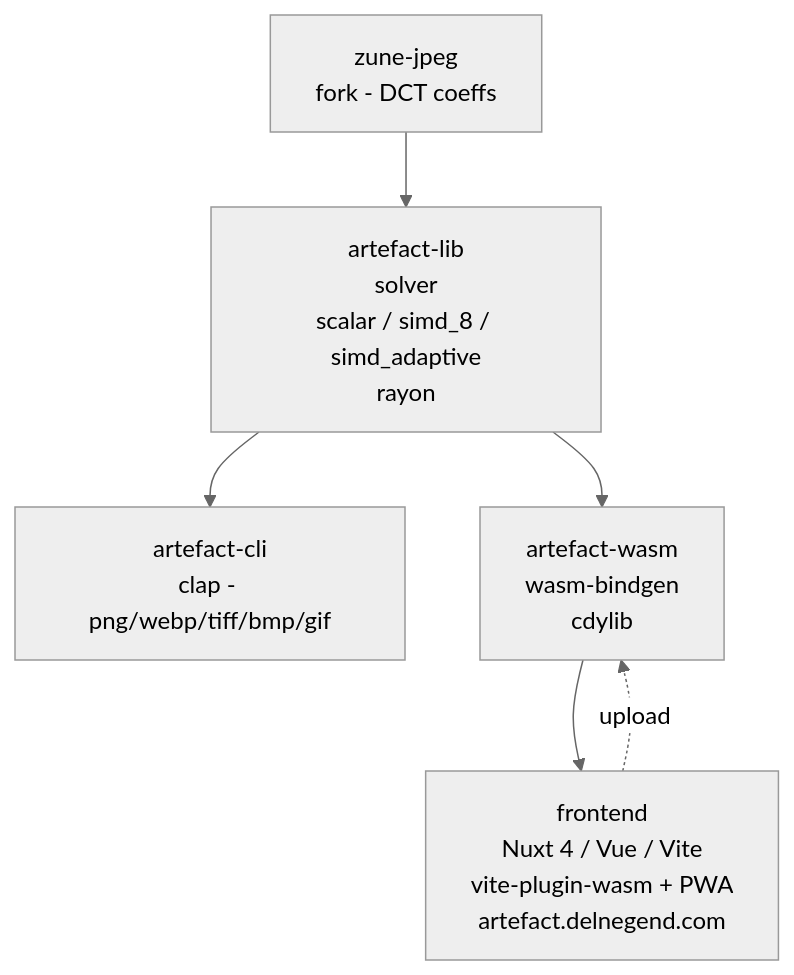
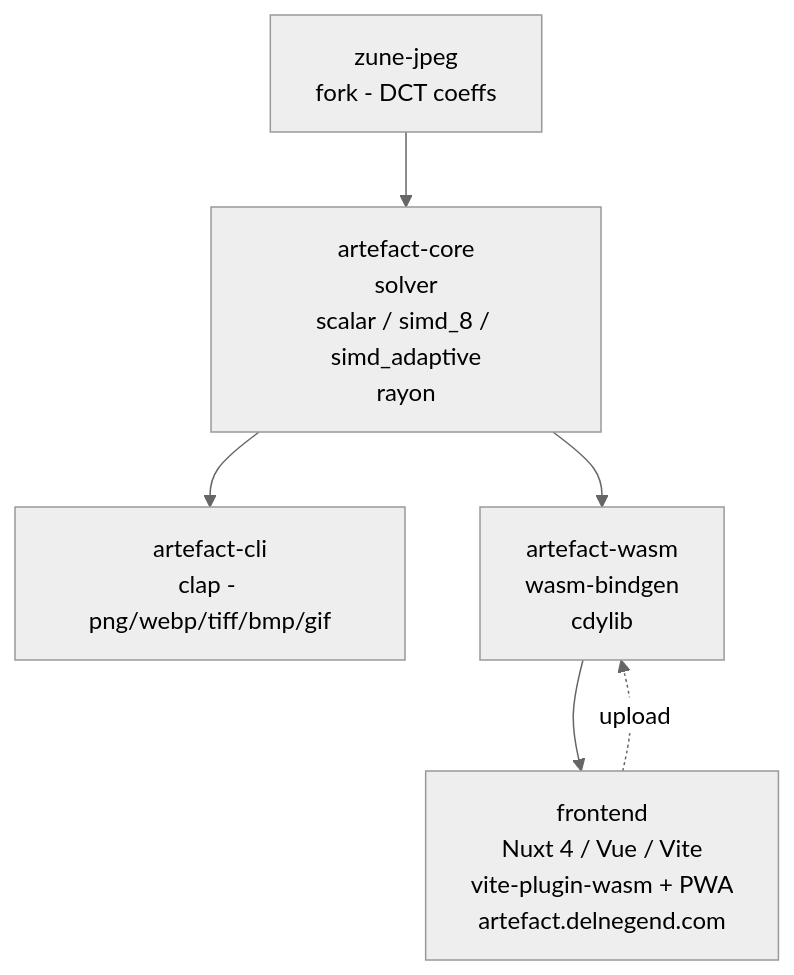
Before and after one commit to Delnegend/artefact: the diagram in README.md, drawn with Mermaid (neutral theme). The commit also changed other lines of this file and 48 other files, not shown here.

First line of the commit message:
refactor: rename artefact-lib -> artefact-core

````diff
--- a/README.md
+++ b/README.md
@@ -180,8 +180,8 @@
 ```mermaid
 graph TD
-    Z[zune-jpeg<br/>fork - DCT coeffs] --> L[artefact-lib<br/>solver<br/>scalar / simd_8 / simd_adaptive<br/>rayon]
+    Z[zune-jpeg<br/>fork - DCT coeffs] --> L[artefact-core<br/>solver<br/>scalar / simd_8 / simd_adaptive<br/>rayon]
     L --> C[artefact-cli<br/>clap - png/webp/tiff/bmp/gif]
     L --> W[artefact-wasm<br/>wasm-bindgen<br/>cdylib]
     W --> F[frontend<br/>Nuxt 4 / Vue / Vite<br/>vite-plugin-wasm + PWA<br/>artefact.delnegend.com]
     F -. upload .-> W
 ```
````
